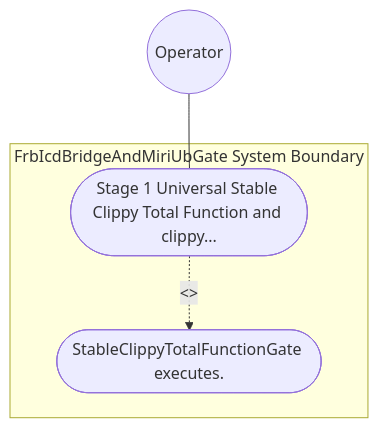
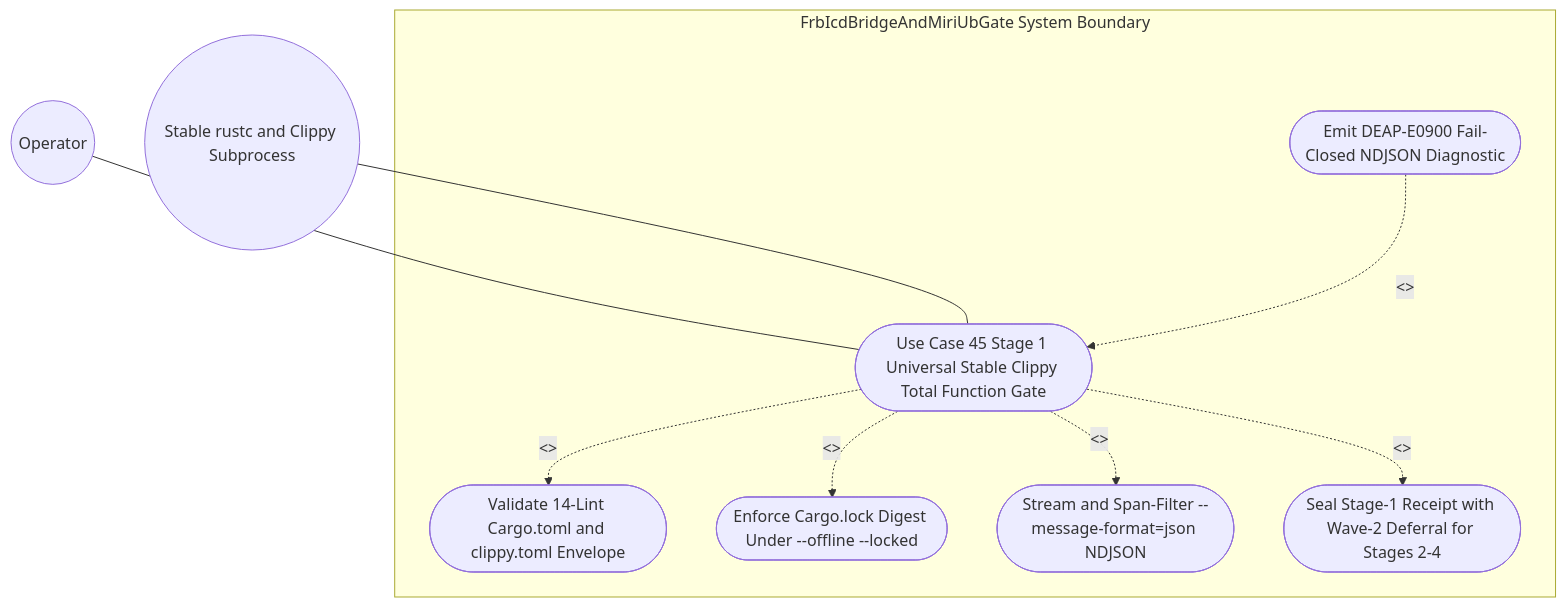
Before and after one commit to gintatkinson/DEAP01-spec-core: the diagram in .pipeline/upstream/docs/use-cases/UC-45-Stage_1_Universal_Stable_Clippy_Total_Function_and_clippy_toml_Threshold_Enforcement.md, drawn with Mermaid. The commit also changed other lines of this file and 3 other files, not shown here.

````diff
--- a/.pipeline/upstream/docs/use-cases/UC-45-Stage_1_Universal_Stable_Clippy_Total_Function_and_clippy_toml_Threshold_Enforcement.md
+++ b/.pipeline/upstream/docs/use-cases/UC-45-Stage_1_Universal_Stable_Clippy_Total_Function_and_clippy_toml_Threshold_Enforcement.md
@@ -16,9 +21,18 @@
 ```mermaid
 graph TD
     subgraph "FrbIcdBridgeAndMiriUbGate System Boundary"
-        UC_Main(["Stage 1 Universal Stable Clippy Total Function and clippy..."])
-        UC_Step01(["StableClippyTotalFunctionGate executes."])
+        UC_Main(["Use Case 45 Stage 1 Universal Stable Clippy Total Function Gate"])
+        UC_Manifest(["Validate 14-Lint Cargo.toml and clippy.toml Envelope"])
+        UC_Lock(["Enforce Cargo.lock Digest Under --offline --locked"])
+        UC_Stream(["Stream and Span-Filter --message-format=json NDJSON"])
+        UC_Defer(["Seal Stage-1 Receipt with Wave-2 Deferral for Stages 2-4"])
+        UC_FailClosed(["Emit DEAP-E0900 Fail-Closed NDJSON Diagnostic"])
     end
     Operator(("Operator")) --- UC_Main
-    UC_Main -. "<<include>>" .-> UC_Step01
+    ClippyEngine(("Stable rustc and Clippy Subprocess")) --- UC_Main
+    UC_Main -. "<<include>>" .-> UC_Manifest
+    UC_Main -. "<<include>>" .-> UC_Lock
+    UC_Main -. "<<include>>" .-> UC_Stream
+    UC_Main -. "<<include>>" .-> UC_Defer
+    UC_FailClosed -. "<<extend>>" .-> UC_Main
 ```
````
